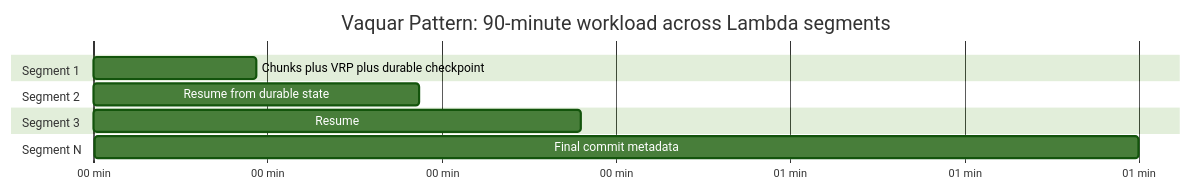
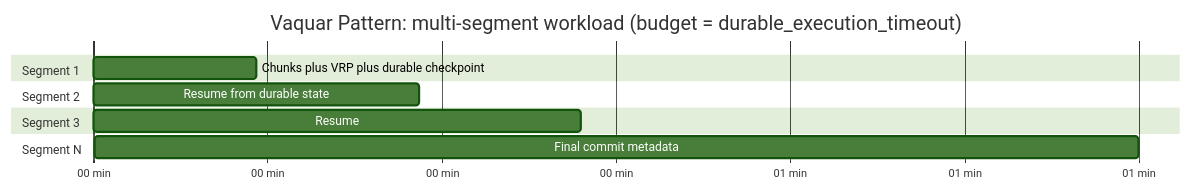
One commit to vaquarkhan/aws-serverless-datamesh-framework changed the fifth of 6 diagrams in docs/blog-the-vaquar-pattern.md. Above: the diagram before and after it, drawn with Mermaid (forest theme). The commit also changed other lines of this file and 18 other files, not shown here.

First line of the commit message:
Document durable workload clock as configurable (60/90/120/180+ min).

````diff
--- a/docs/blog-the-vaquar-pattern.md
+++ b/docs/blog-the-vaquar-pattern.md
@@ -401,15 +401,15 @@
 ```mermaid
 gantt
-    title Vaquar Pattern: 90-minute workload across Lambda segments
+    title Vaquar Pattern: multi-segment workload (budget = durable_execution_timeout)
     dateFormat X
     axisFormat %M min
 
     section Segment 1
     Chunks plus VRP plus durable checkpoint :0, 14
     section Segment 2
     Resume from durable state :14, 28
     section Segment 3
     Resume :28, 42
     section Segment N
     Final commit metadata :84, 90
 ```
````
